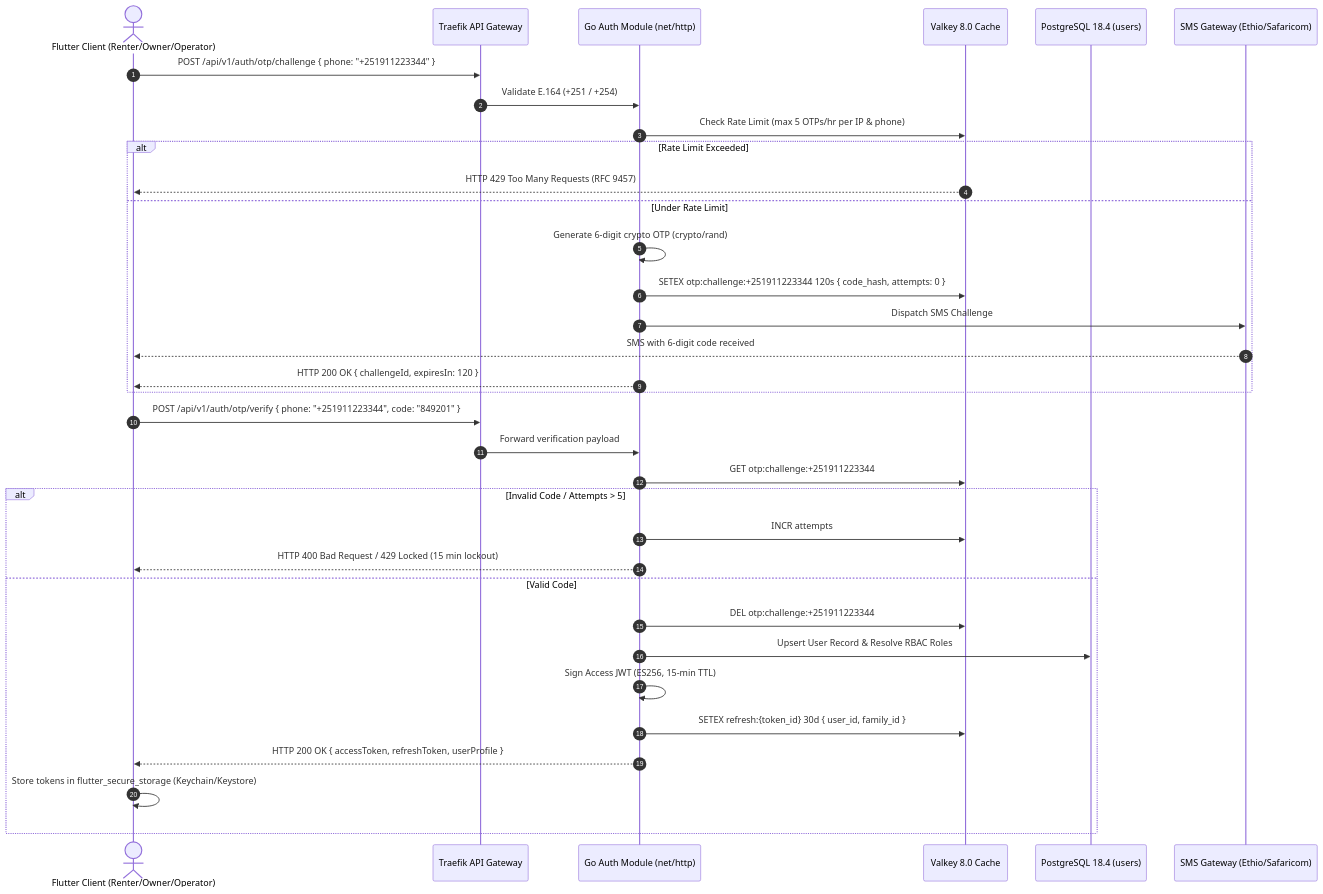
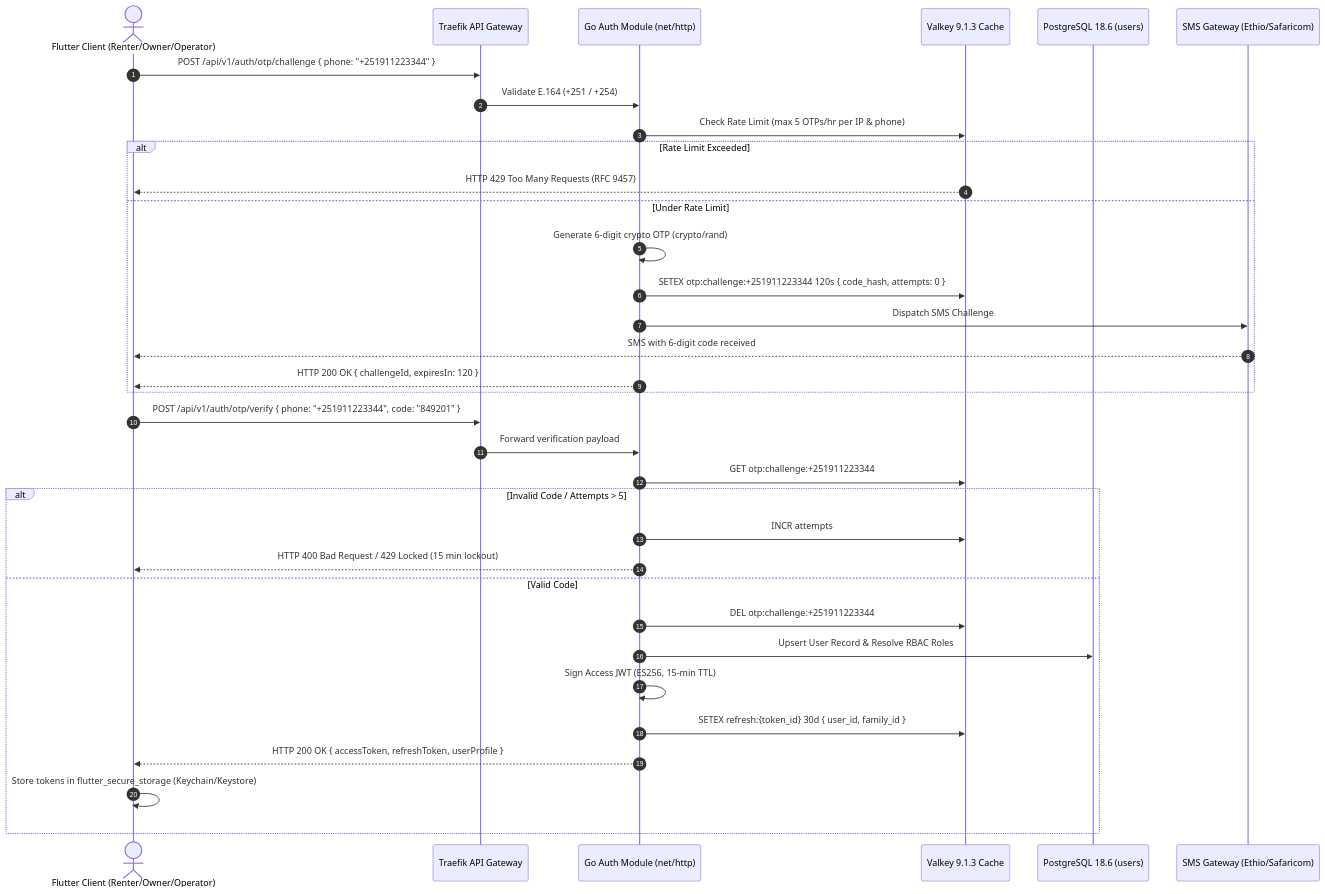
One commit to YDink/Heavy-Machinery-Logistics-Rental changed the second of 20 diagrams in docs/source/Dink_Machinery_UI_UX_Design_Brief.md. Above: the diagram before and after it, drawn with Mermaid. The commit also changed other lines of this file and 212 other files, not shown here.

````diff
--- a/docs/source/Dink_Machinery_UI_UX_Design_Brief.md
+++ b/docs/source/Dink_Machinery_UI_UX_Design_Brief.md
@@ -125,38 +125,38 @@
 ```mermaid
 sequenceDiagram
     autonumber
     actor Client as Flutter Client (Renter/Owner/Operator)
     participant GW as Traefik API Gateway
     participant Auth as Go Auth Module (net/http)
-    participant VK as Valkey 8.0 Cache
-    participant DB as PostgreSQL 18.4 (users)
+    participant VK as Valkey 9.1.3 Cache
+    participant DB as PostgreSQL 18.6 (users)
     participant SMS as SMS Gateway (Ethio/Safaricom)
 
     Client->>GW: POST /api/v1/auth/otp/challenge { phone: "+251911223344" }
     GW->>Auth: Validate E.164 (+251 / +254)
     Auth->>VK: Check Rate Limit (max 5 OTPs/hr per IP & phone)
     alt Rate Limit Exceeded
         VK-->>Client: HTTP 429 Too Many Requests (RFC 9457)
     else Under Rate Limit
         Auth->>Auth: Generate 6-digit crypto OTP (crypto/rand)
         Auth->>VK: SETEX otp:challenge:+251911223344 120s { code_hash, attempts: 0 }
         Auth->>SMS: Dispatch SMS Challenge
         SMS-->>Client: SMS with 6-digit code received
         Auth-->>Client: HTTP 200 OK { challengeId, expiresIn: 120 }
     end
 
     Client->>GW: POST /api/v1/auth/otp/verify { phone: "+251911223344", code: "849201" }
     GW->>Auth: Forward verification payload
     Auth->>VK: GET otp:challenge:+251911223344
     alt Invalid Code / Attempts > 5
         Auth->>VK: INCR attempts
         Auth-->>Client: HTTP 400 Bad Request / 429 Locked (15 min lockout)
     else Valid Code
         Auth->>VK: DEL otp:challenge:+251911223344
         Auth->>DB: Upsert User Record & Resolve RBAC Roles
         Auth->>Auth: Sign Access JWT (ES256, 15-min TTL)
         Auth->>VK: SETEX refresh:{token_id} 30d { user_id, family_id }
         Auth-->>Client: HTTP 200 OK { accessToken, refreshToken, userProfile }
         Client->>Client: Store tokens in flutter_secure_storage (Keychain/Keystore)
     end
 ```
````
